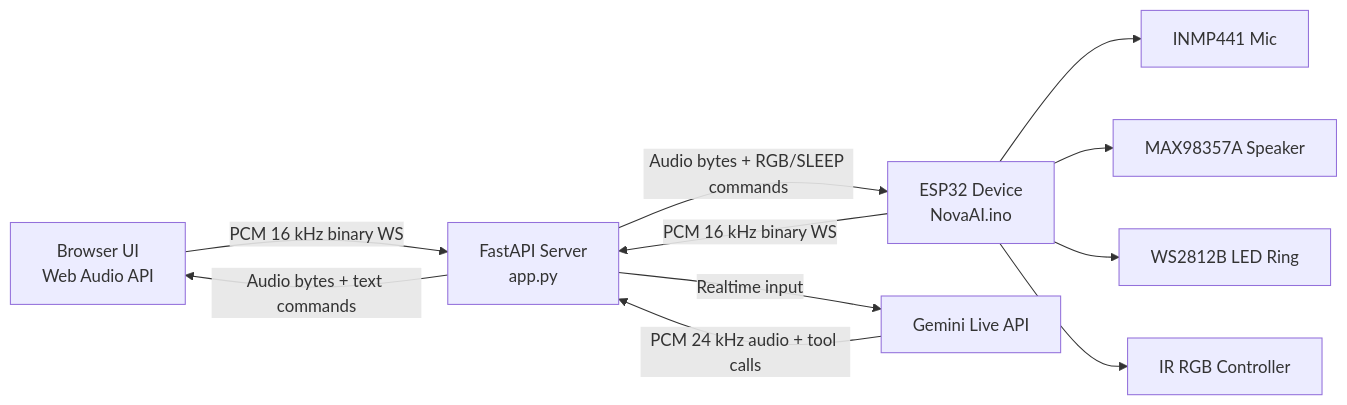
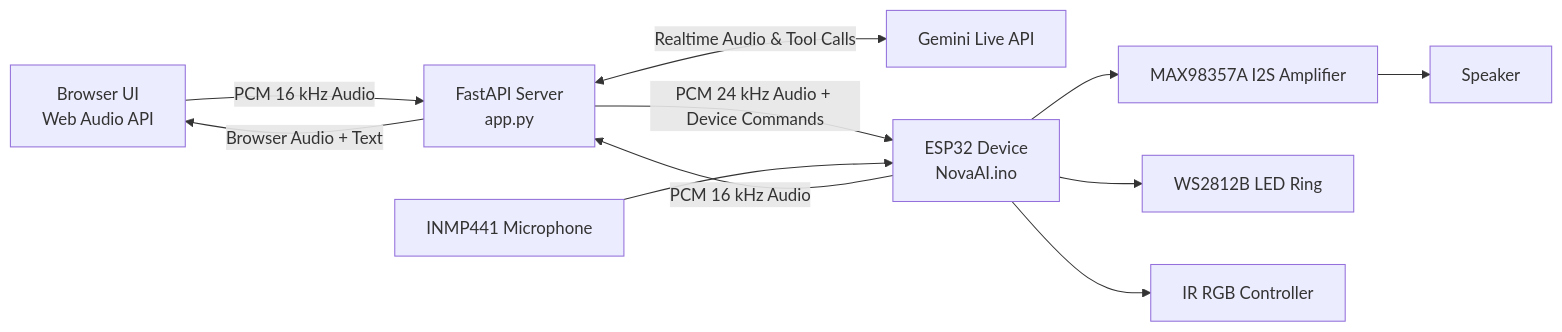
The diagram in README.md (madebyparth/nova-ai), drawn with Mermaid before and after one commit. The commit also changed other lines of this file and 1 other file, not shown here.

Commit message:
Fix architecture diagram and hardware documentation

````diff
--- a/README.md
+++ b/README.md
@@ -51,13 +50,31 @@
 ```mermaid
 flowchart LR
-    Browser["Browser UI<br/>Web Audio API"] -->|PCM 16 kHz binary WS| Server["FastAPI Server<br/>app.py"]
-    ESP32["ESP32 Device<br/>NovaAI.ino"] -->|PCM 16 kHz binary WS| Server
-    Server -->|Realtime input| Gemini["Gemini Live API"]
-    Gemini -->|PCM 24 kHz audio + tool calls| Server
-    Server -->|Audio bytes + text commands| Browser
-    Server -->|Audio bytes + RGB/SLEEP commands| ESP32
-    ESP32 --> Mic["INMP441 Mic"]
-    ESP32 --> Speaker["MAX98357A Speaker"]
-    ESP32 --> Led["WS2812B LED Ring"]
-    ESP32 --> IR["IR RGB Controller"]
+
+Browser["Browser UI<br/>Web Audio API"]
+
+Server["FastAPI Server<br/>app.py"]
+
+Gemini["Gemini Live API"]
+
+ESP32["ESP32 Device<br/>NovaAI.ino"]
+
+Mic["INMP441 Microphone"]
+Amp["MAX98357A I2S Amplifier"]
+Speaker["Speaker"]
+LED["WS2812B LED Ring"]
+IR["IR RGB Controller"]
+
+Browser -->|PCM 16 kHz Audio| Server
+Server -->|Browser Audio + Text| Browser
+
+ESP32 -->|PCM 16 kHz Audio| Server
+Server -->|PCM 24 kHz Audio + Device Commands| ESP32
+
+Server <-->|Realtime Audio & Tool Calls| Gemini
+
+Mic --> ESP32
+ESP32 --> Amp
+Amp --> Speaker
+ESP32 --> LED
+ESP32 --> IR
 ```
````
